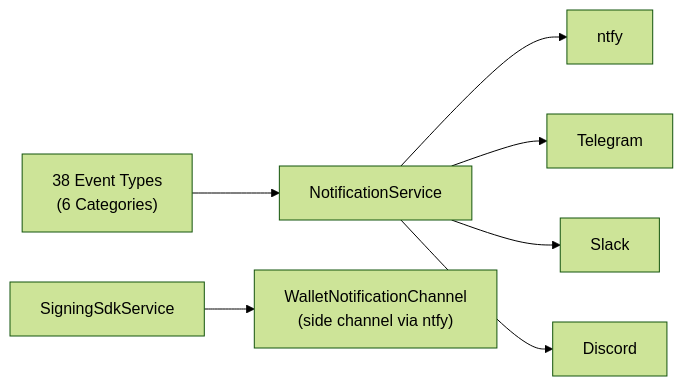
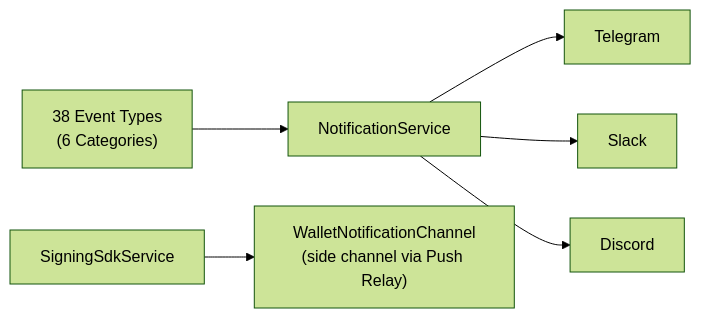
One commit to minhoyoo-iotrust/WAIaaS changed the eighth of 9 diagrams in docs/architecture.md. Above: the diagram before and after it, drawn with Mermaid (forest theme). The commit also changed other lines of this file and 11 other files, not shown here.

````diff
--- a/docs/architecture.md
+++ b/docs/architecture.md
@@ -399,10 +399,9 @@
 ```mermaid
 graph LR
   Events["38 Event Types<br>(6 Categories)"] --> Router["NotificationService"]
-  Router --> Ntfy["ntfy"]
   Router --> Telegram["Telegram"]
   Router --> Slack["Slack"]
   Router --> Discord["Discord"]
 
-  SigningSDK["SigningSdkService"] --> WalletCh["WalletNotificationChannel<br>(side channel via ntfy)"]
+  SigningSDK["SigningSdkService"] --> WalletCh["WalletNotificationChannel<br>(side channel via Push Relay)"]
 ```
````
